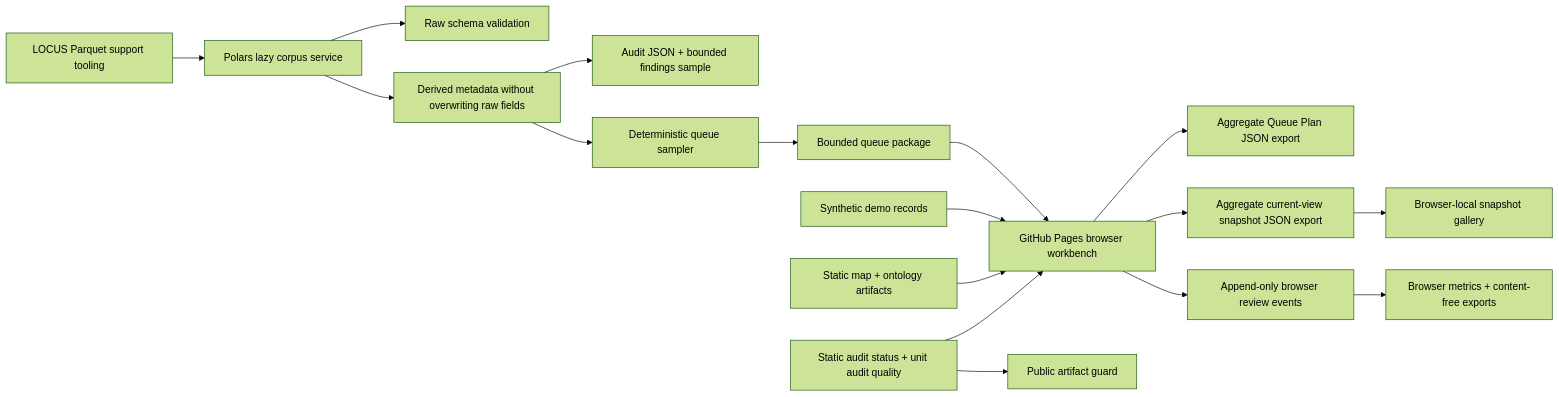
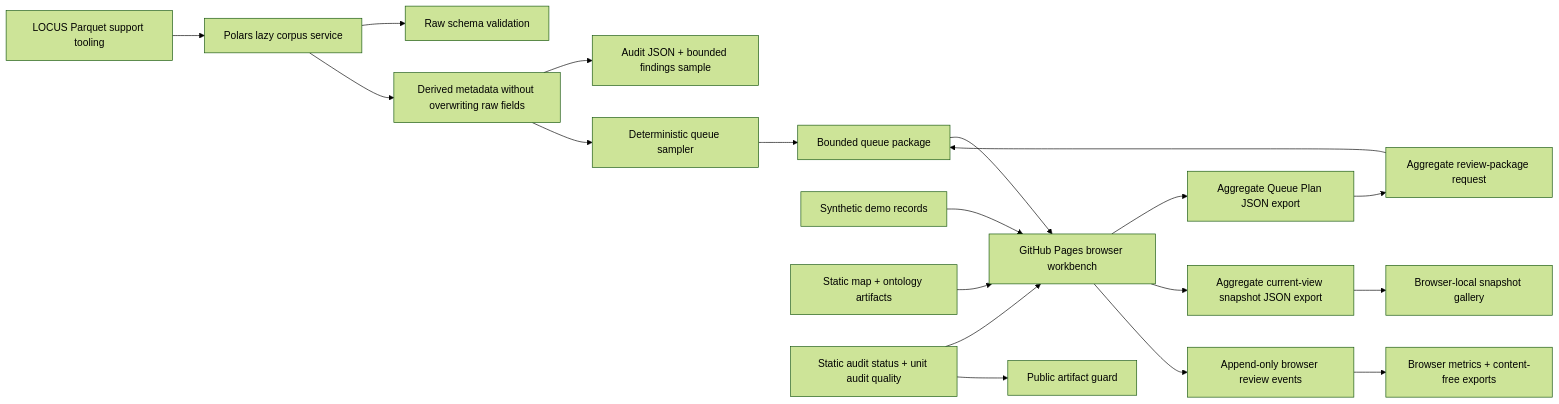
One commit to evcatalyst/evolocus changed the diagram in docs/local-law-analytics-platform.md. Above: the diagram before and after it, drawn with Mermaid (forest theme). The commit also changed other lines of this file and 15 other files, not shown here.

Commit message:
feat: add aggregate review package handoff

````diff
--- a/docs/local-law-analytics-platform.md
+++ b/docs/local-law-analytics-platform.md
@@ -49,19 +49,21 @@
 ```mermaid
 flowchart LR
   A["LOCUS Parquet support tooling"] --> B["Polars lazy corpus service"]
   B --> C["Raw schema validation"]
   B --> D["Derived metadata without overwriting raw fields"]
   D --> E["Audit JSON + bounded findings sample"]
   D --> F["Deterministic queue sampler"]
   F --> G["Bounded queue package"]
   H["Synthetic demo records"] --> I["GitHub Pages browser workbench"]
   L["Static map + ontology artifacts"] --> I
   M["Static audit status + unit audit quality"] --> I
   I --> Q["Aggregate Queue Plan JSON export"]
+  Q --> R["Aggregate review-package request"]
+  R --> G
   I --> X["Aggregate current-view snapshot JSON export"]
   X --> Y["Browser-local snapshot gallery"]
   M --> V["Public artifact guard"]
   G --> I
   I --> J["Append-only browser review events"]
   J --> K["Browser metrics + content-free exports"]
 ```
````
